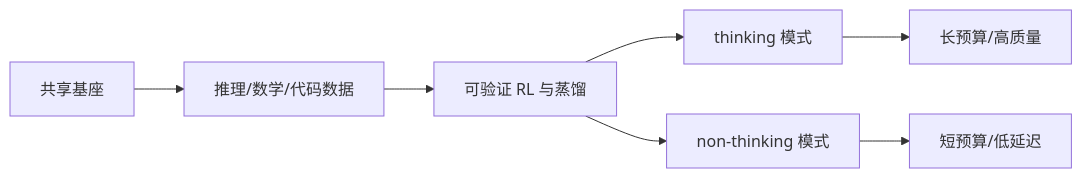
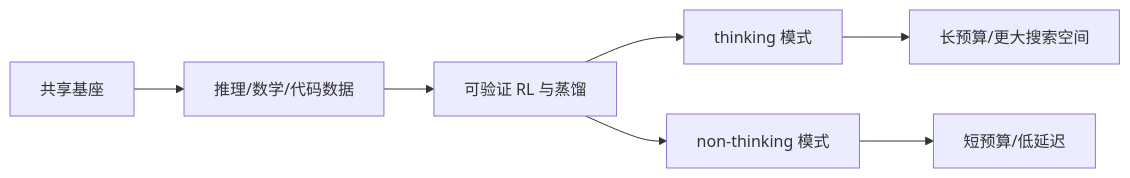
The diagram in 06-拓展知识库/论文研读/Qwen深读/05-Qwen3思考模式与推理.md (chengzhang0528/LLMTrain), drawn with Mermaid before and after one commit. The commit also changed other lines of this file and 123 other files, not shown here.

````diff
--- a/06-拓展知识库/论文研读/Qwen深读/05-Qwen3思考模式与推理.md
+++ b/06-拓展知识库/论文研读/Qwen深读/05-Qwen3思考模式与推理.md
@@ -9,9 +13,9 @@
 ```mermaid
 flowchart LR
   A[共享基座] --> B[推理/数学/代码数据]
   B --> C[可验证 RL 与蒸馏]
   C --> D[thinking 模式]
   C --> E[non-thinking 模式]
-  D --> F[长预算/高质量]
+  D --> F[长预算/更大搜索空间]
   E --> G[短预算/低延迟]
 ```
````
